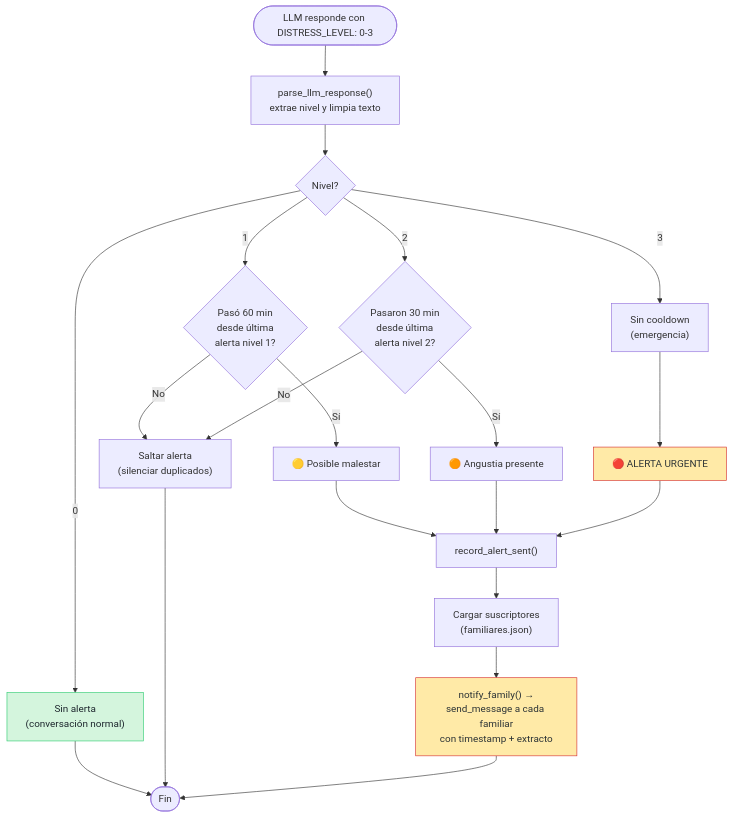
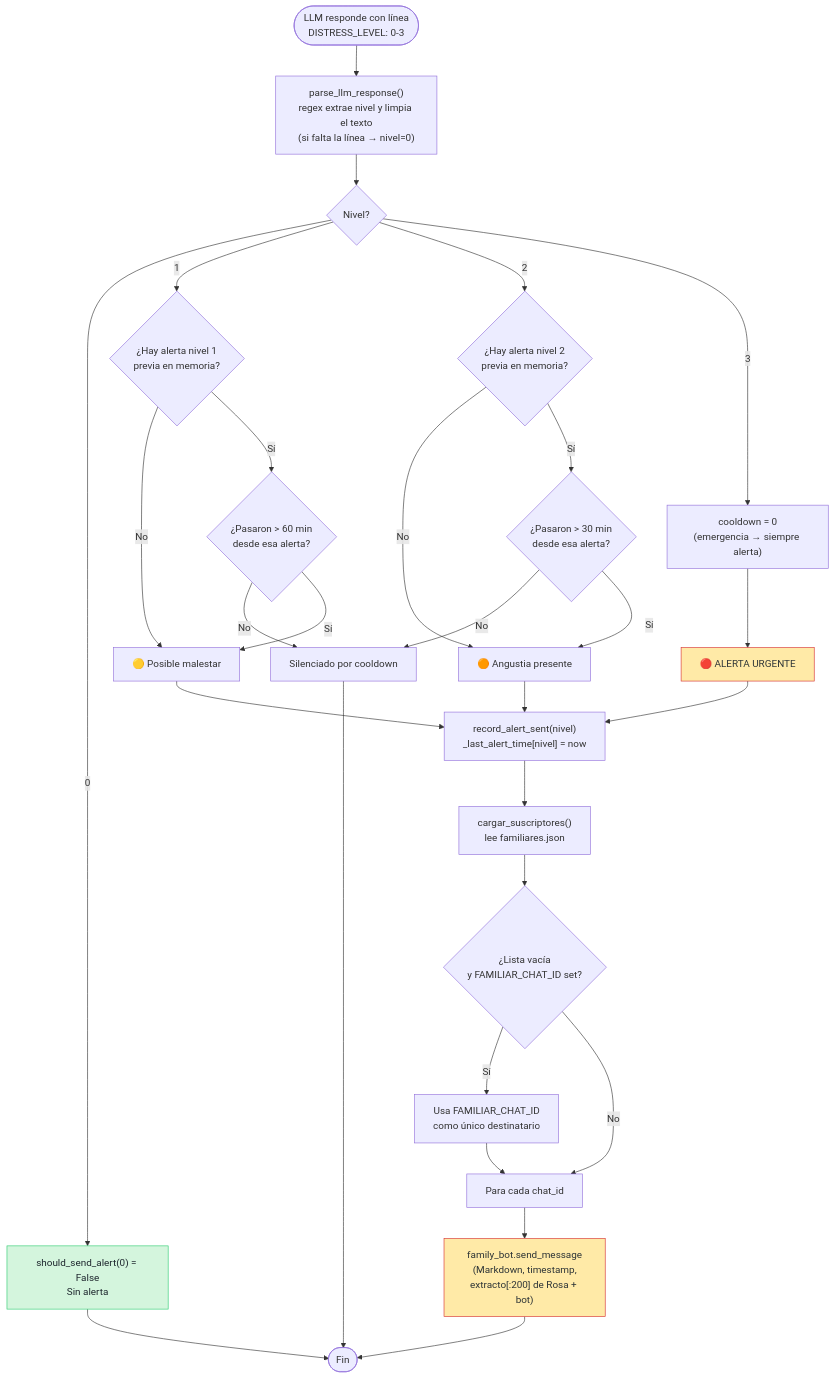
Before and after one commit to geermaanv/aikiu: the third of 8 diagrams in README.md, drawn with Mermaid. The commit also changed other lines of this file, not shown here.

````diff
--- a/README.md
+++ b/README.md
@@ -179,31 +225,41 @@
 ```mermaid
 flowchart TD
-    START(["LLM responde con DISTRESS_LEVEL: 0-3"]) --> PARSE["parse_llm_response()<br/>extrae nivel y limpia texto"]
+    START(["LLM responde con línea<br/>DISTRESS_LEVEL: 0-3"]) --> PARSE["parse_llm_response()<br/>regex extrae nivel y limpia el texto<br/>(si falta la línea → nivel=0)"]
     PARSE --> NIVEL{"Nivel?"}
 
-    NIVEL -->|"0"| NORMAL["Sin alerta<br/>(conversación normal)"]
-    NIVEL -->|"1"| C1{"Pasó 60 min<br/>desde última<br/>alerta nivel 1?"}
-    NIVEL -->|"2"| C2{"Pasaron 30 min<br/>desde última<br/>alerta nivel 2?"}
-    NIVEL -->|"3"| C3["Sin cooldown<br/>(emergencia)"]
+    NIVEL -->|"0"| NORMAL["should_send_alert(0) = False<br/>Sin alerta"]
+    NIVEL -->|"1"| FIRST1{"¿Hay alerta nivel 1<br/>previa en memoria?"}
+    NIVEL -->|"2"| FIRST2{"¿Hay alerta nivel 2<br/>previa en memoria?"}
+    NIVEL -->|"3"| C3["cooldown = 0<br/>(emergencia → siempre alerta)"]
 
-    C1 -->|"No"| SKIP["Saltar alerta<br/>(silenciar duplicados)"]
-    C1 -->|"Sí"| MSG1["🟡 Posible malestar"]
+    FIRST1 -->|"No"| MSG1["🟡 Posible malestar"]
+    FIRST1 -->|"Sí"| C1{"¿Pasaron > 60 min<br/>desde esa alerta?"}
+    C1 -->|"No"| SKIP["Silenciado por cooldown"]
+    C1 -->|"Sí"| MSG1
+
+    FIRST2 -->|"No"| MSG2["🟠 Angustia presente"]
+    FIRST2 -->|"Sí"| C2{"¿Pasaron > 30 min<br/>desde esa alerta?"}
     C2 -->|"No"| SKIP
-    C2 -->|"Sí"| MSG2["🟠 Angustia presente"]
+    C2 -->|"Sí"| MSG2
+
     C3 --> MSG3["🔴 ALERTA URGENTE"]
 
-    MSG1 --> RECORD["record_alert_sent()"]
+    MSG1 --> RECORD["record_alert_sent(nivel)<br/>_last_alert_time[nivel] = now"]
     MSG2 --> RECORD
     MSG3 --> RECORD
-    RECORD --> SUBS["Cargar suscriptores<br/>(familiares.json)"]
-    SUBS --> SEND["notify_family() →<br/>send_message a cada familiar<br/>con timestamp + extracto"]
+    RECORD --> SUBS["cargar_suscriptores()<br/>lee familiares.json"]
+    SUBS --> FALLBACK{"¿Lista vacía<br/>y FAMILIAR_CHAT_ID set?"}
+    FALLBACK -->|"Sí"| FB["Usa FAMILIAR_CHAT_ID<br/>como único destinatario"]
+    FALLBACK -->|"No"| LOOP["Para cada chat_id"]
+    FB --> LOOP
+    LOOP --> SEND["family_bot.send_message<br/>(Markdown, timestamp,<br/>extracto[:200] de Rosa + bot)"]
 
     NORMAL --> END(["Fin"])
     SKIP --> END
     SEND --> END
 
     classDef alert fill:#ffeaa7,stroke:#d63031,color:#2d3436;
     classDef ok fill:#d4f5dd,stroke:#2ecc71,color:#1e272e;
     class MSG3,SEND alert;
     class NORMAL ok;
 ```
````
